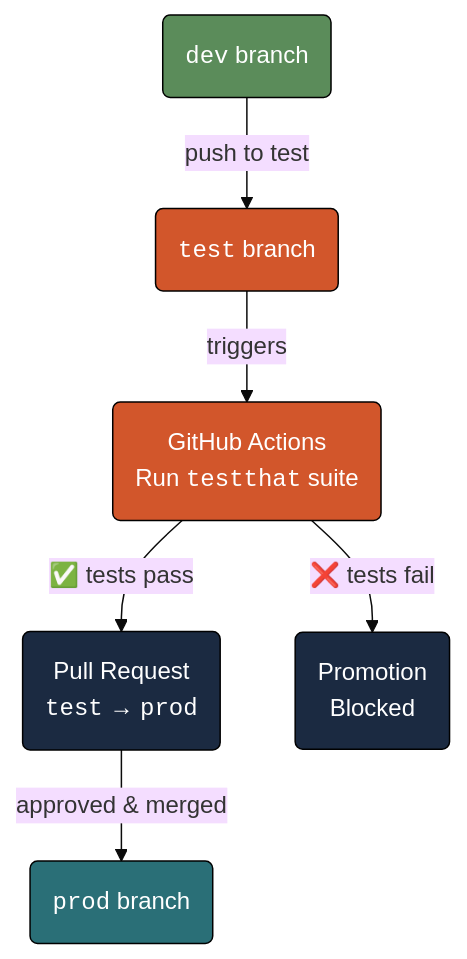
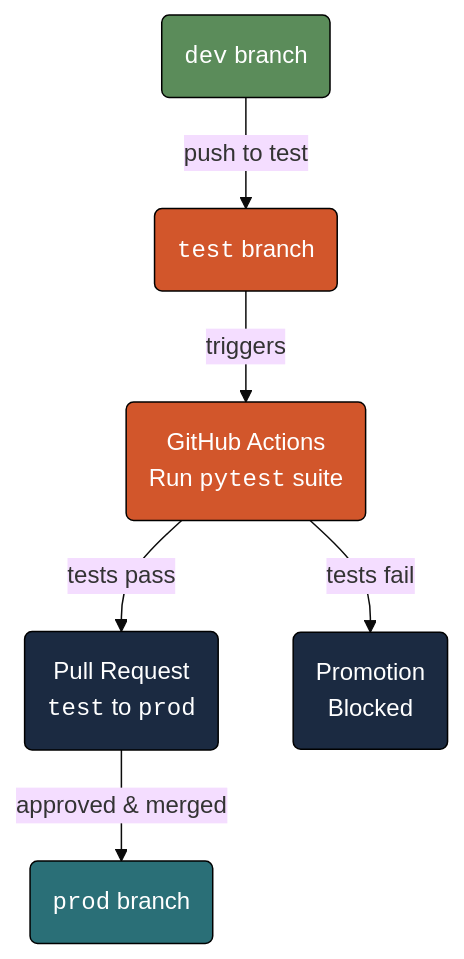
One commit to mjfrigaard/do4ds-labs changed the second of 2 diagrams in publish-r-py.qmd. Above: the diagram before and after it, drawn with Mermaid. The commit also changed other lines of this file and 17 other files, not shown here.

````diff
--- a/publish-r-py.qmd
+++ b/publish-r-py.qmd
@@ -157,19 +198,19 @@
 ```{mermaid}
 %%| fig-cap: 'Running tests'
 %%| fig-width: 7.0
 %%| fig-align: 'center'
 %%{init: {'theme': 'base', 'themeVariables': {'fontFamily': 'monospace'}}}%%
 flowchart TD
     DevBr("<code>dev</code> branch") -->|"push to test"| TestBr("<code>test</code> branch")
-    TestBr -->|"triggers"| GHA("GitHub Actions<br>Run <code>testthat</code> suite")
-    GHA -->|"✅ tests pass"| PR("Pull Request<br><code>test</code> → <code>prod</code>")
-    GHA -->|"❌ tests fail"| Block("Promotion<br>Blocked")
+    TestBr -->|"triggers"| GHA("GitHub Actions<br>Run <code>pytest</code> suite")
+    GHA -->|"tests pass"| PR("Pull Request<br><code>test</code> to <code>prod</code>")
+    GHA -->|"tests fail"| Block("Promotion<br>Blocked")
     PR -->|"approved & merged"| ProdBr("<code>prod</code> branch")
     style DevBr fill:#5B8C5A,stroke:#000000,stroke-width:1px,color:#ffffff
     style TestBr fill:#D2562B,stroke:#000000,stroke-width:1px,color:#ffffff
     style GHA fill:#D2562B,stroke:#000000,stroke-width:1px,color:#ffffff
     style PR fill:#1B2A41,stroke:#000000,stroke-width:1px,color:#ffffff
     style Block fill:#1B2A41,stroke:#000000,stroke-width:1px,color:#ffffff
     style ProdBr fill:#2A6F77,stroke:#000000,stroke-width:1px,color:#ffffff
 
 ```
````
